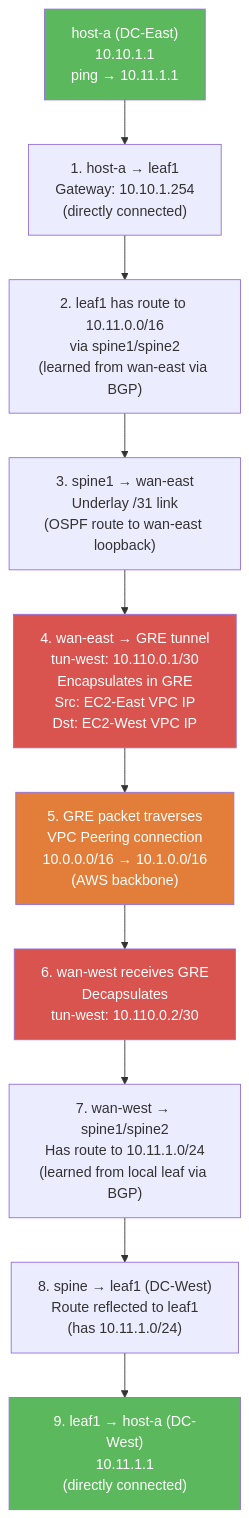
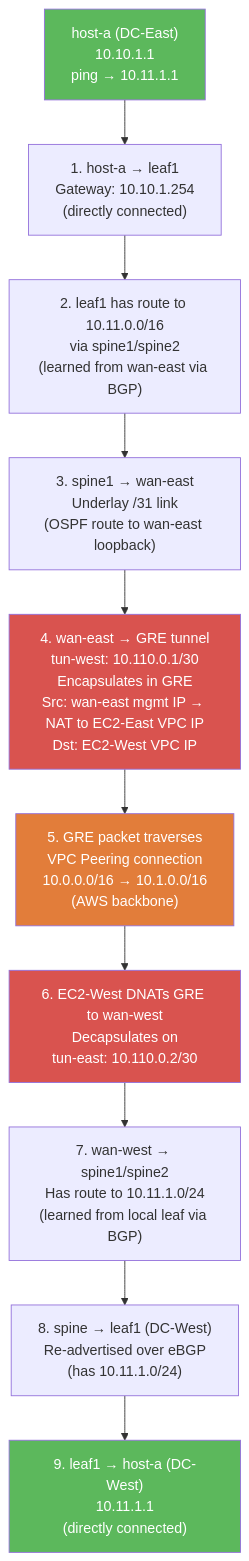
One commit to macrohard1970/ResilientCloud changed the first of 4 diagrams in docs/diagrams/traffic-flow.md. Above: the diagram before and after it, drawn with Mermaid. The commit also changed other lines of this file and 12 other files, not shown here.

First line of the commit message:
docs: align all docs and diagrams with the fixed lab; add CHANGELOG

````diff
--- a/docs/diagrams/traffic-flow.md
+++ b/docs/diagrams/traffic-flow.md
@@ -7,38 +7,38 @@
 ```mermaid
 flowchart TB
     START["host-a (DC-East)<br/>10.10.1.1<br/>ping → 10.11.1.1"]
 
     STEP1["1. host-a → leaf1<br/>Gateway: 10.10.1.254<br/>(directly connected)"]
 
     STEP2["2. leaf1 has route to 10.11.0.0/16<br/>via spine1/spine2<br/>(learned from wan-east via BGP)"]
 
     STEP3["3. spine1 → wan-east<br/>Underlay /31 link<br/>(OSPF route to wan-east loopback)"]
 
-    STEP4["4. wan-east → GRE tunnel<br/>tun-west: 10.110.0.1/30<br/>Encapsulates in GRE<br/>Src: EC2-East VPC IP<br/>Dst: EC2-West VPC IP"]
+    STEP4["4. wan-east → GRE tunnel<br/>tun-west: 10.110.0.1/30<br/>Encapsulates in GRE<br/>Src: wan-east mgmt IP → NAT to EC2-East VPC IP<br/>Dst: EC2-West VPC IP"]
 
     STEP5["5. GRE packet traverses<br/>VPC Peering connection<br/>10.0.0.0/16 → 10.1.0.0/16<br/>(AWS backbone)"]
 
-    STEP6["6. wan-west receives GRE<br/>Decapsulates<br/>tun-west: 10.110.0.2/30"]
+    STEP6["6. EC2-West DNATs GRE to wan-west<br/>Decapsulates on<br/>tun-east: 10.110.0.2/30"]
 
     STEP7["7. wan-west → spine1/spine2<br/>Has route to 10.11.1.0/24<br/>(learned from local leaf via BGP)"]
 
-    STEP8["8. spine → leaf1 (DC-West)<br/>Route reflected to leaf1<br/>(has 10.11.1.0/24)"]
+    STEP8["8. spine → leaf1 (DC-West)<br/>Re-advertised over eBGP<br/>(has 10.11.1.0/24)"]
 
     STEP9["9. leaf1 → host-a (DC-West)<br/>10.11.1.1<br/>(directly connected)"]
 
     START --> STEP1
     STEP1 --> STEP2
     STEP2 --> STEP3
     STEP3 --> STEP4
     STEP4 --> STEP5
     STEP5 --> STEP6
     STEP6 --> STEP7
     STEP7 --> STEP8
     STEP8 --> STEP9
 
     style START fill:#5cb85c,color:#fff
     style STEP4 fill:#d9534f,color:#fff
     style STEP5 fill:#e27d3a,color:#fff
     style STEP6 fill:#d9534f,color:#fff
     style STEP9 fill:#5cb85c,color:#fff
 ```
````
